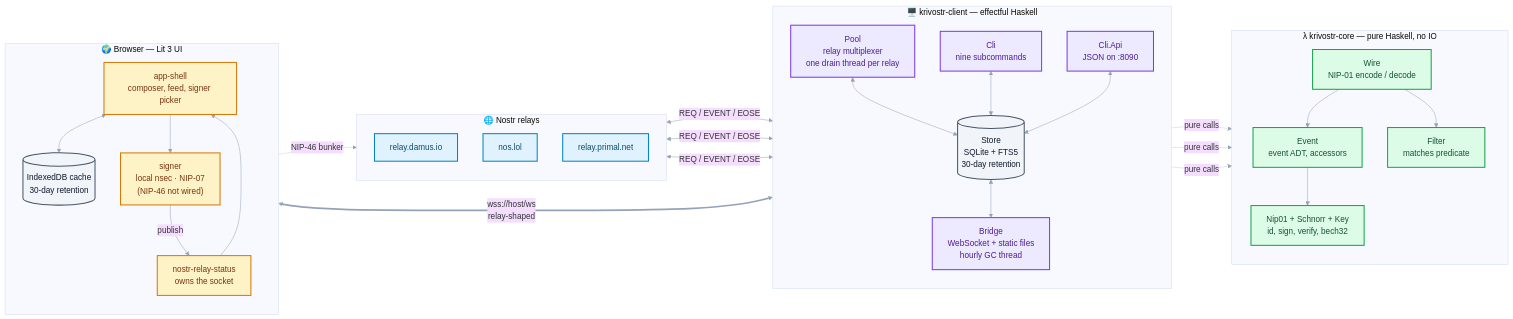
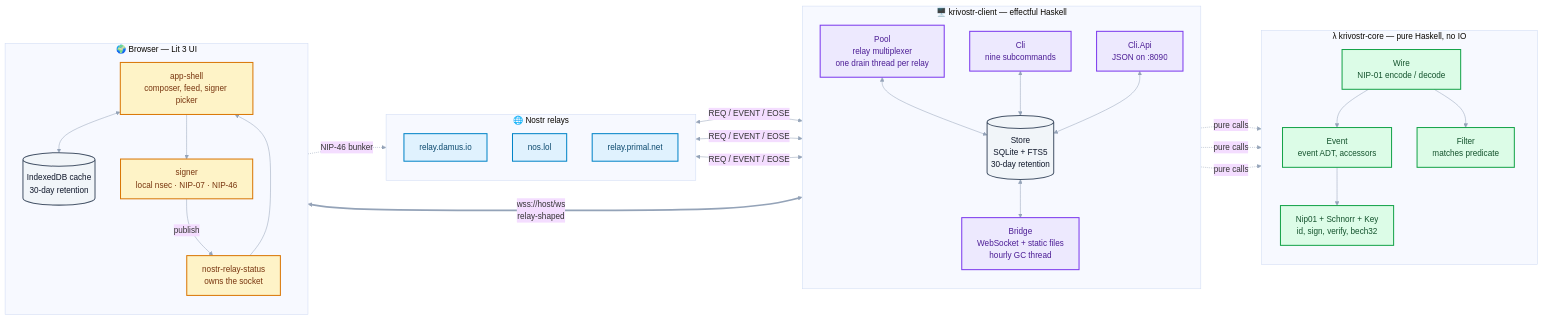
The diagram in README.md (sagar-shirwalkar/krivostr), drawn with Mermaid before and after one commit. The commit also changed other lines of this file and 61 other files, not shown here.

````diff
--- a/README.md
+++ b/README.md
@@ -275,67 +282,67 @@
 ```mermaid
 %%{init: {"theme": "base", "themeVariables": {"fontFamily": "ui-sans-serif, system-ui, sans-serif", "lineColor": "#94a3b8"}}}%%
 flowchart LR
     subgraph RELAYS["🌐 Nostr relays"]
         direction TB
         R1["relay.damus.io"]
         R2["nos.lol"]
         R3["relay.primal.net"]
     end
 
     subgraph CLIENT["🖥️ krivostr-client — effectful Haskell"]
         direction TB
         POOL["Pool<br/>relay multiplexer<br/>one drain thread per relay"]
         STORE[("Store<br/>SQLite + FTS5<br/>30-day retention")]
         BRIDGE["Bridge<br/>WebSocket + static files<br/>hourly GC thread"]
         CLI["Cli<br/>nine subcommands"]
         API["Cli.Api<br/>JSON on :8090"]
     end
 
     subgraph CORE["λ krivostr-core — pure Haskell, no IO"]
         direction TB
         WIRE["Wire<br/>NIP-01 encode / decode"]
         EVENT["Event<br/>event ADT, accessors"]
         SCHNORR["Nip01 + Schnorr + Key<br/>id, sign, verify, bech32"]
         FILTER["Filter<br/>matches predicate"]
     end
 
     subgraph BROWSER["🌍 Browser — Lit 3 UI"]
         direction TB
         SHELL["app-shell<br/>composer, feed, signer picker"]
         STATUS["nostr-relay-status<br/>owns the socket"]
-        SIGNER["signer<br/>local nsec · NIP-07<br/>(NIP-46 not wired)"]
+        SIGNER["signer<br/>local nsec · NIP-07 · NIP-46"]
         IDB[("IndexedDB cache<br/>30-day retention")]
     end
 
     R1 & R2 & R3 <-->|"REQ / EVENT / EOSE"| POOL
     POOL <--> STORE
     CLI <--> STORE
     API <--> STORE
     STORE <--> BRIDGE
 
     POOL -.->|"pure calls"| WIRE
     BRIDGE -.->|"pure calls"| WIRE
     CLI -.->|"pure calls"| WIRE
     WIRE --> EVENT
     WIRE --> FILTER
     EVENT --> SCHNORR
 
     BRIDGE <==>|"wss://host/ws<br/>relay-shaped"| STATUS
     STATUS --> SHELL
     SHELL <--> IDB
     SHELL --> SIGNER
     SIGNER -->|"publish"| STATUS
     SIGNER -.->|"NIP-46 bunker"| RELAYS
 
     classDef relay fill:#e0f2fe,stroke:#0284c7,stroke-width:2px,color:#0c4a6e
     classDef client fill:#ede9fe,stroke:#7c3aed,stroke-width:2px,color:#4c1d95
     classDef core fill:#dcfce7,stroke:#16a34a,stroke-width:2px,color:#14532d
     classDef ui fill:#fef3c7,stroke:#d97706,stroke-width:2px,color:#78350f
     classDef data fill:#f1f5f9,stroke:#475569,stroke-width:2px,color:#0f172a
 
     class R1,R2,R3 relay
     class POOL,BRIDGE,CLI,API client
     class WIRE,EVENT,SCHNORR,FILTER core
     class SHELL,STATUS,SIGNER ui
     class STORE,IDB data
 ```
````
